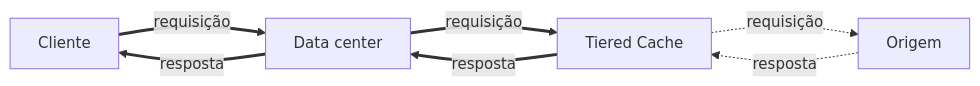
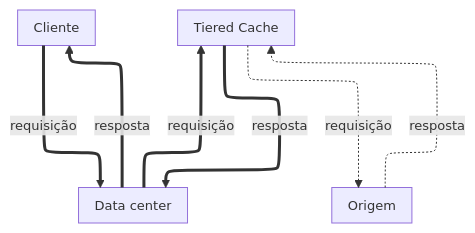
The sixth of 9 diagrams in apps/docs/src/content/docs/pt-br/pages/observe/real-time-metrics/dashboards-build.mdx (aziontech/docs), drawn with Mermaid before and after one commit. The commit also changed other lines of this file and 179 other files, not shown here.

Commit message:
docs(diagrams): redraw every other diagram in the use-case diagram style (#2513)

````diff
--- a/apps/docs/src/content/docs/pt-br/pages/observe/real-time-metrics/dashboards-build.mdx
+++ b/apps/docs/src/content/docs/pt-br/pages/observe/real-time-metrics/dashboards-build.mdx
@@ -117,11 +117,11 @@
 ```mermaid title="Data Transferred Total, com Tiered Cache"
-%%{init: {"layout": "dagre", "themeVariables": {"fontSize": "15px"}, "flowchart": {"nodeSpacing": 50, "rankSpacing": 70, "padding": 14, "wrappingWidth": 140, "minNodeWidth": 90, "useMaxWidth": true}}}%%
-flowchart LR
+%%{init: {"layout": "elk", "themeVariables": {"fontSize": "13px"}, "flowchart": {"nodeSpacing": 24, "rankSpacing": 36, "padding": 8, "wrappingWidth": 150, "useMaxWidth": true}, "sequence": {"width": 120, "actorMargin": 30, "useMaxWidth": true}}}%%
+flowchart TD
   C["Cliente"] -- requisição --> D["Data center"]
   D -- requisição --> T["Tiered Cache"]
   T -. requisição .-> O["Origem"]
   O -. resposta .-> T
   T -- resposta --> D
   D -- resposta --> C
   linkStyle 0,1,4,5 stroke-width:3px
 ```
````
